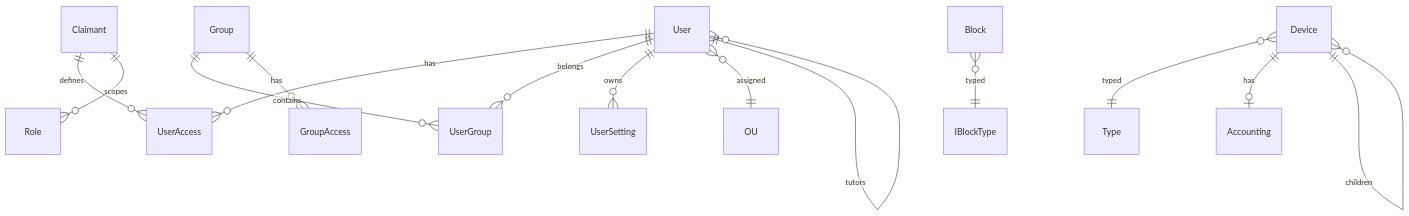
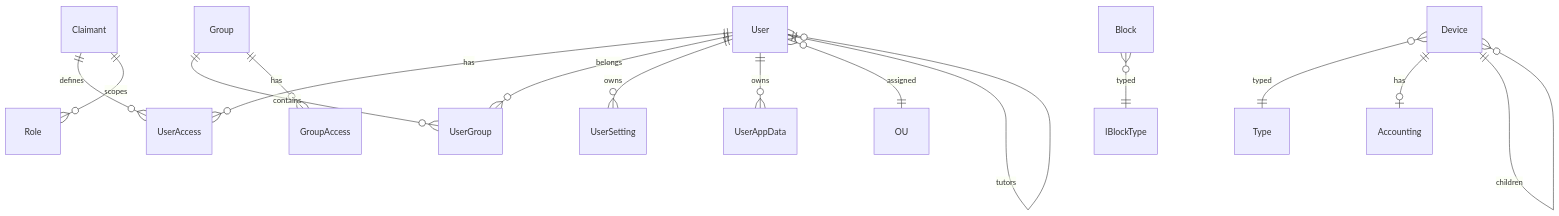
The diagram in docs/DATABASE_SCHEMA.md (drozdi/xos), drawn with Mermaid before and after one commit. The commit also changed other lines of this file and 21 other files, not shown here.

````diff
--- a/docs/DATABASE_SCHEMA.md
+++ b/docs/DATABASE_SCHEMA.md
@@ -327,16 +406,17 @@
 ```mermaid
 erDiagram
     User ||--o{ UserAccess : has
     User ||--o{ UserGroup : belongs
     User ||--o{ UserSetting : owns
+    User ||--o{ UserAppData : owns
     User }o--|| OU : assigned
     User ||--o{ User : tutors
     Claimant ||--o{ UserAccess : defines
     Claimant ||--o{ Role : scopes
     Group ||--o{ UserGroup : contains
     Group ||--o{ GroupAccess : has
     Device }o--|| Type : typed
     Device ||--o| Accounting : has
     Device ||--o{ Device : children
     Block }o--|| IBlockType : typed
 ```
````
